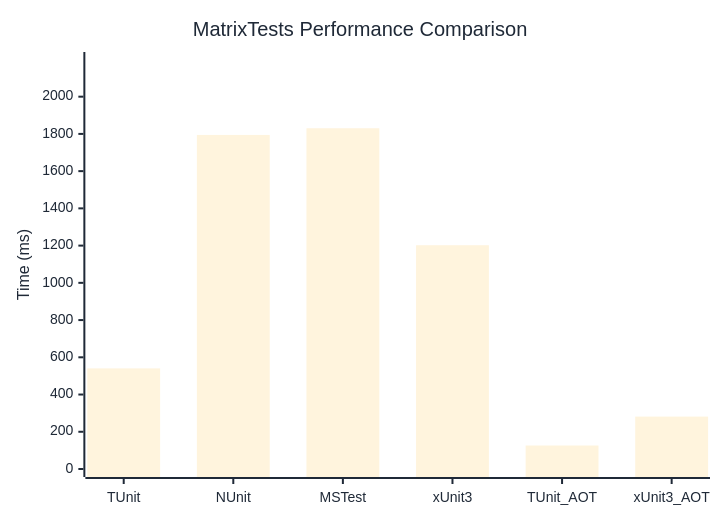
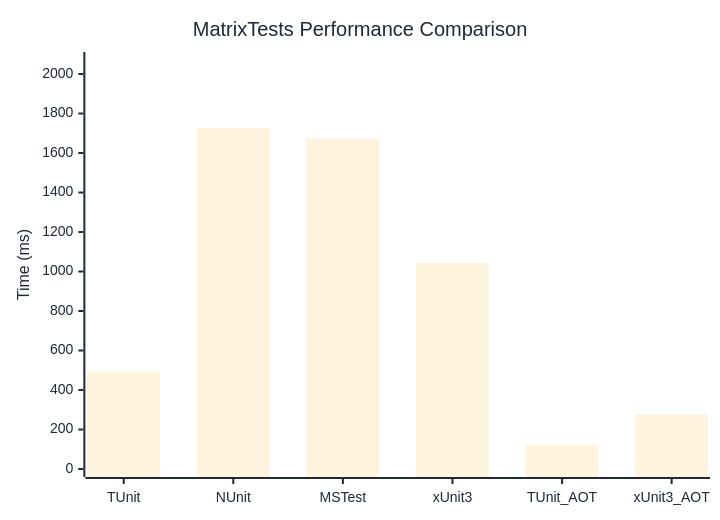
One commit to thomhurst/TUnit changed the diagram in docs/docs/benchmarks/engine/MatrixTests.md. Above: the diagram before and after it, drawn with Mermaid. The commit also changed other lines of this file and 18 other files, not shown here.

````diff
--- a/docs/docs/benchmarks/engine/MatrixTests.md
+++ b/docs/docs/benchmarks/engine/MatrixTests.md
@@ -30,37 +30,37 @@
 ```mermaid
 %%{init: {
   'theme':'base',
   'themeVariables': {
     'primaryColor': '#2563eb',
     'primaryTextColor': '#1f2937',
     'primaryBorderColor': '#1e40af',
     'lineColor': '#6b7280',
     'secondaryColor': '#7c3aed',
     'tertiaryColor': '#dc2626',
     'background': '#ffffff',
     'mainBkg': '#2563eb',
     'secondBkg': '#7c3aed',
     'tertiaryBkg': '#dc2626',
     'clusterBkg': '#f3f4f6',
     'edgeLabelBackground': '#ffffff',
     'tertiaryTextColor': '#1f2937',
     'pie1': '#2563eb',
     'pie2': '#7c3aed',
     'pie3': '#dc2626',
     'pie4': '#f59e0b',
     'pie5': '#10b981',
     'pie6': '#06b6d4',
     'pie7': '#ec4899',
     'pie8': '#6366f1',
     'pie9': '#84cc16',
     'pie10': '#f97316',
     'pie11': '#14b8a6',
     'pie12': '#a855f7'
   }
 }}%%
 xychart-beta
   title "MatrixTests Performance Comparison"
   x-axis ["TUnit", "NUnit", "MSTest", "xUnit3", "TUnit_AOT", "xUnit3_AOT"]
-  y-axis "Time (ms)" 0 --> 2197
-  bar [540.4, 1794.5, 1830.4, 1202, 126.2, 281.5]
+  y-axis "Time (ms)" 0 --> 2071
+  bar [493.9, 1725.5, 1674.7, 1045.4, 122.2, 276.1]
 ```
````
